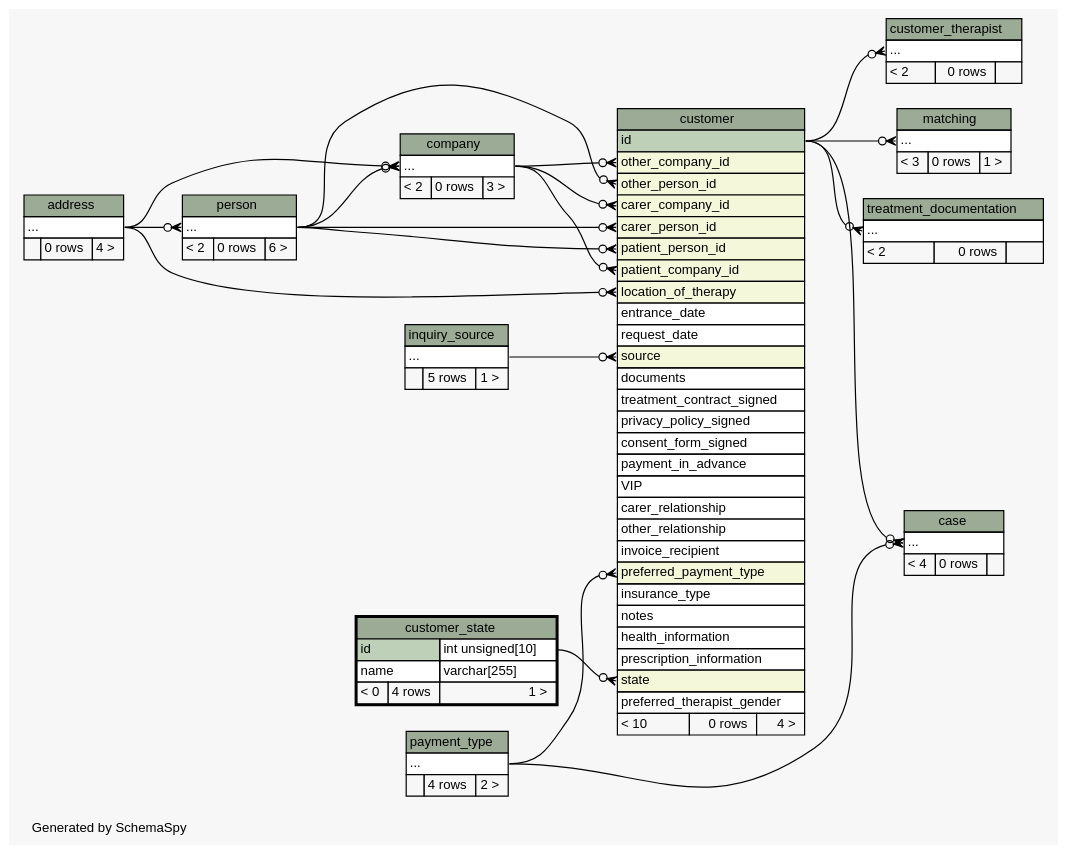
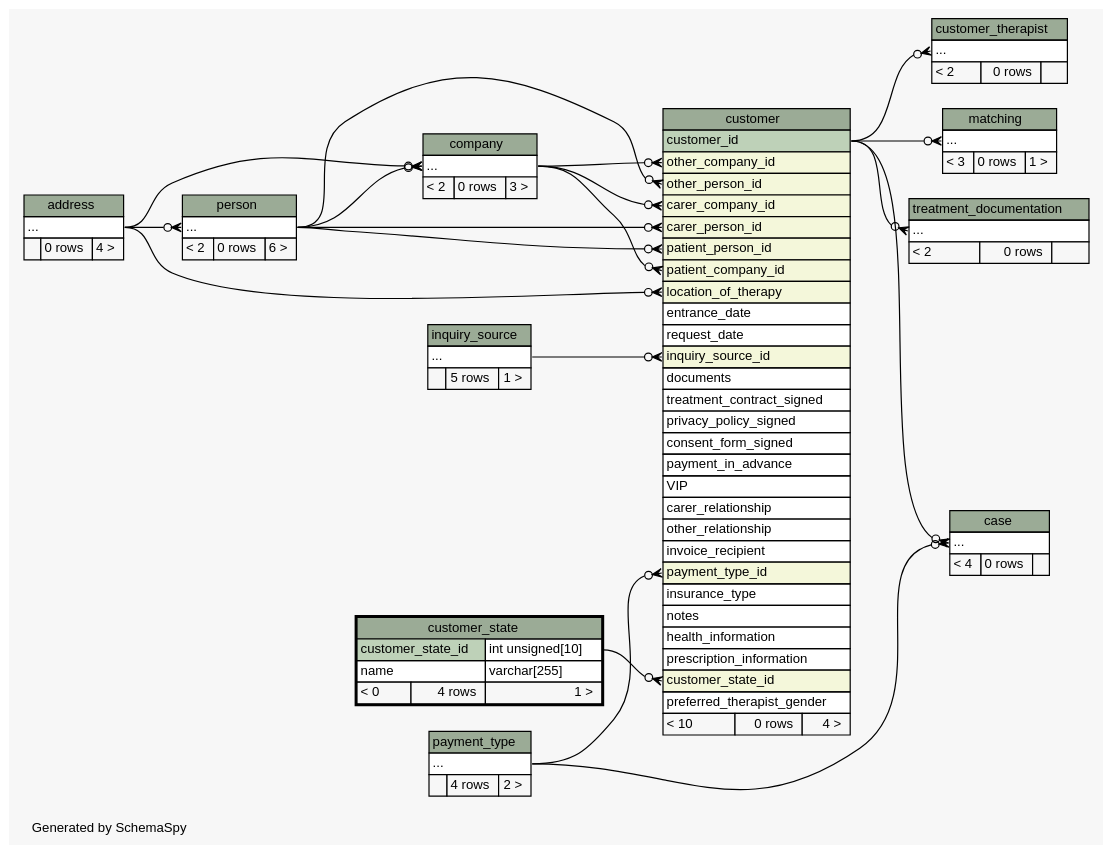
Before and after one commit to KaiBMP/KaiBMP.github.io: the diagram in diagrams/customer_state.2degrees.dot, drawn with Graphviz. The commit also changed 170 other files, not shown here.

Commit message:
schemaspy update

```diff
--- a/diagrams/customer_state.2degrees.dot
+++ b/diagrams/customer_state.2degrees.dot
@@ -1,177 +1,177 @@
 // dot 2.40.1 on Linux 5.3.0-28-generic
 // SchemaSpy rev 590
 digraph "twoDegreesRelationshipsDiagram" {
   graph [
     rankdir="RL"
     bgcolor="#f7f7f7"
     label="\nGenerated by SchemaSpy"
     labeljust="l"
     nodesep="0.18"
     ranksep="0.46"
     fontname="Helvetica"
     fontsize="11"
   ];
   node [
     fontname="Helvetica"
     fontsize="11"
     shape="plaintext"
   ];
   edge [
     arrowsize="0.8"
   ];
-  "case":"elipses":w -> "customer":"id":e [arrowhead=none dir=back arrowtail=crowodot];
+  "case":"elipses":w -> "customer":"customer_id":e [arrowhead=none dir=back arrowtail=crowodot];
   "case":"elipses":w -> "payment_type":"elipses":e [arrowhead=none dir=back arrowtail=crowodot];
   "company":"elipses":w -> "address":"elipses":e [arrowhead=none dir=back arrowtail=crowodot];
   "company":"elipses":w -> "person":"elipses":e [arrowhead=none dir=back arrowtail=crowodot];
   "customer":"carer_company_id":w -> "company":"elipses":e [arrowhead=none dir=back arrowtail=crowodot];
   "customer":"carer_person_id":w -> "person":"elipses":e [arrowhead=none dir=back arrowtail=crowodot];
+  "customer":"customer_state_id":w -> "customer_state":"customer_state_id.type":e [arrowhead=none dir=back arrowtail=crowodot];
+  "customer":"inquiry_source_id":w -> "inquiry_source":"elipses":e [arrowhead=none dir=back arrowtail=crowodot];
   "customer":"location_of_therapy":w -> "address":"elipses":e [arrowhead=none dir=back arrowtail=crowodot];
   "customer":"other_company_id":w -> "company":"elipses":e [arrowhead=none dir=back arrowtail=crowodot];
   "customer":"other_person_id":w -> "person":"elipses":e [arrowhead=none dir=back arrowtail=crowodot];
   "customer":"patient_company_id":w -> "company":"elipses":e [arrowhead=none dir=back arrowtail=crowodot];
   "customer":"patient_person_id":w -> "person":"elipses":e [arrowhead=none dir=back arrowtail=crowodot];
-  "customer":"preferred_payment_type":w -> "payment_type":"elipses":e [arrowhead=none dir=back arrowtail=crowodot];
-  "customer":"source":w -> "inquiry_source":"elipses":e [arrowhead=none dir=back arrowtail=crowodot];
-  "customer":"state":w -> "customer_state":"id.type":e [arrowhead=none dir=back arrowtail=crowodot];
-  "customer_therapist":"elipses":w -> "customer":"id":e [arrowhead=none dir=back arrowtail=crowodot];
-  "matching":"elipses":w -> "customer":"id":e [arrowhead=none dir=back arrowtail=crowodot];
+  "customer":"payment_type_id":w -> "payment_type":"elipses":e [arrowhead=none dir=back arrowtail=crowodot];
+  "customer_therapist":"elipses":w -> "customer":"customer_id":e [arrowhead=none dir=back arrowtail=crowodot];
+  "matching":"elipses":w -> "customer":"customer_id":e [arrowhead=none dir=back arrowtail=crowodot];
   "person":"elipses":w -> "address":"elipses":e [arrowhead=none dir=back arrowtail=crowodot];
-  "treatment_documentation":"elipses":w -> "customer":"id":e [arrowhead=none dir=back arrowtail=crowodot];
+  "treatment_documentation":"elipses":w -> "customer":"customer_id":e [arrowhead=none dir=back arrowtail=crowodot];
   "address" [
     label=<
     <TABLE BORDER="0" CELLBORDER="1" CELLSPACING="0" BGCOLOR="#ffffff">
       <TR><TD COLSPAN="3" BGCOLOR="#9bab96" ALIGN="CENTER">address</TD></TR>
       <TR><TD PORT="elipses" COLSPAN="3" ALIGN="LEFT">...</TD></TR>
       <TR><TD ALIGN="LEFT" BGCOLOR="#f7f7f7">  </TD><TD ALIGN="RIGHT" BGCOLOR="#f7f7f7">0 rows</TD><TD ALIGN="RIGHT" BGCOLOR="#f7f7f7">4 &gt;</TD></TR>
     </TABLE>>
     URL="address.html"
     tooltip="address"
   ];
   "case" [
     label=<
     <TABLE BORDER="0" CELLBORDER="1" CELLSPACING="0" BGCOLOR="#ffffff">
       <TR><TD COLSPAN="3" BGCOLOR="#9bab96" ALIGN="CENTER">case</TD></TR>
       <TR><TD PORT="elipses" COLSPAN="3" ALIGN="LEFT">...</TD></TR>
       <TR><TD ALIGN="LEFT" BGCOLOR="#f7f7f7">&lt; 4</TD><TD ALIGN="RIGHT" BGCOLOR="#f7f7f7">0 rows</TD><TD ALIGN="RIGHT" BGCOLOR="#f7f7f7">  </TD></TR>
     </TABLE>>
     URL="case.html"
     tooltip="case"
   ];
   "company" [
     label=<
     <TABLE BORDER="0" CELLBORDER="1" CELLSPACING="0" BGCOLOR="#ffffff">
       <TR><TD COLSPAN="3" BGCOLOR="#9bab96" ALIGN="CENTER">company</TD></TR>
       <TR><TD PORT="elipses" COLSPAN="3" ALIGN="LEFT">...</TD></TR>
       <TR><TD ALIGN="LEFT" BGCOLOR="#f7f7f7">&lt; 2</TD><TD ALIGN="RIGHT" BGCOLOR="#f7f7f7">0 rows</TD><TD ALIGN="RIGHT" BGCOLOR="#f7f7f7">3 &gt;</TD></TR>
     </TABLE>>
     URL="company.html"
     tooltip="company"
   ];
   "customer" [
     label=<
     <TABLE BORDER="0" CELLBORDER="1" CELLSPACING="0" BGCOLOR="#ffffff">
       <TR><TD COLSPAN="3" BGCOLOR="#9bab96" ALIGN="CENTER">customer</TD></TR>
-      <TR><TD PORT="id" COLSPAN="3" BGCOLOR="#bed1b8" ALIGN="LEFT">id</TD></TR>
+      <TR><TD PORT="customer_id" COLSPAN="3" BGCOLOR="#bed1b8" ALIGN="LEFT">customer_id</TD></TR>
       <TR><TD PORT="other_company_id" COLSPAN="3" BGCOLOR="#f4f7da" ALIGN="LEFT">other_company_id</TD></TR>
       <TR><TD PORT="other_person_id" COLSPAN="3" BGCOLOR="#f4f7da" ALIGN="LEFT">other_person_id</TD></TR>
       <TR><TD PORT="carer_company_id" COLSPAN="3" BGCOLOR="#f4f7da" ALIGN="LEFT">carer_company_id</TD></TR>
       <TR><TD PORT="carer_person_id" COLSPAN="3" BGCOLOR="#f4f7da" ALIGN="LEFT">carer_person_id</TD></TR>
       <TR><TD PORT="patient_person_id" COLSPAN="3" BGCOLOR="#f4f7da" ALIGN="LEFT">patient_person_id</TD></TR>
       <TR><TD PORT="patient_company_id" COLSPAN="3" BGCOLOR="#f4f7da" ALIGN="LEFT">patient_company_id</TD></TR>
       <TR><TD PORT="location_of_therapy" COLSPAN="3" BGCOLOR="#f4f7da" ALIGN="LEFT">location_of_therapy</TD></TR>
       <TR><TD PORT="entrance_date" COLSPAN="3" ALIGN="LEFT">entrance_date</TD></TR>
       <TR><TD PORT="request_date" COLSPAN="3" ALIGN="LEFT">request_date</TD></TR>
-      <TR><TD PORT="source" COLSPAN="3" BGCOLOR="#f4f7da" ALIGN="LEFT">source</TD></TR>
+      <TR><TD PORT="inquiry_source_id" COLSPAN="3" BGCOLOR="#f4f7da" ALIGN="LEFT">inquiry_source_id</TD></TR>
       <TR><TD PORT="documents" COLSPAN="3" ALIGN="LEFT">documents</TD></TR>
       <TR><TD PORT="treatment_contract_signed" COLSPAN="3" ALIGN="LEFT">treatment_contract_signed</TD></TR>
       <TR><TD PORT="privacy_policy_signed" COLSPAN="3" ALIGN="LEFT">privacy_policy_signed</TD></TR>
       <TR><TD PORT="consent_form_signed" COLSPAN="3" ALIGN="LEFT">consent_form_signed</TD></TR>
       <TR><TD PORT="payment_in_advance" COLSPAN="3" ALIGN="LEFT">payment_in_advance</TD></TR>
       <TR><TD PORT="VIP" COLSPAN="3" ALIGN="LEFT">VIP</TD></TR>
       <TR><TD PORT="carer_relationship" COLSPAN="3" ALIGN="LEFT">carer_relationship</TD></TR>
       <TR><TD PORT="other_relationship" COLSPAN="3" ALIGN="LEFT">other_relationship</TD></TR>
       <TR><TD PORT="invoice_recipient" COLSPAN="3" ALIGN="LEFT">invoice_recipient</TD></TR>
-      <TR><TD PORT="preferred_payment_type" COLSPAN="3" BGCOLOR="#f4f7da" ALIGN="LEFT">preferred_payment_type</TD></TR>
+      <TR><TD PORT="payment_type_id" COLSPAN="3" BGCOLOR="#f4f7da" ALIGN="LEFT">payment_type_id</TD></TR>
       <TR><TD PORT="insurance_type" COLSPAN="3" ALIGN="LEFT">insurance_type</TD></TR>
       <TR><TD PORT="notes" COLSPAN="3" ALIGN="LEFT">notes</TD></TR>
       <TR><TD PORT="health_information" COLSPAN="3" ALIGN="LEFT">health_information</TD></TR>
       <TR><TD PORT="prescription_information" COLSPAN="3" ALIGN="LEFT">prescription_information</TD></TR>
-      <TR><TD PORT="state" COLSPAN="3" BGCOLOR="#f4f7da" ALIGN="LEFT">state</TD></TR>
+      <TR><TD PORT="customer_state_id" COLSPAN="3" BGCOLOR="#f4f7da" ALIGN="LEFT">customer_state_id</TD></TR>
       <TR><TD PORT="preferred_therapist_gender" COLSPAN="3" ALIGN="LEFT">preferred_therapist_gender</TD></TR>
       <TR><TD ALIGN="LEFT" BGCOLOR="#f7f7f7">&lt; 10</TD><TD ALIGN="RIGHT" BGCOLOR="#f7f7f7">0 rows</TD><TD ALIGN="RIGHT" BGCOLOR="#f7f7f7">4 &gt;</TD></TR>
     </TABLE>>
     URL="customer.html"
     tooltip="customer"
   ];
   "customer_state" [
     label=<
     <TABLE BORDER="2" CELLBORDER="1" CELLSPACING="0" BGCOLOR="#ffffff">
       <TR><TD COLSPAN="3" BGCOLOR="#9bab96" ALIGN="CENTER">customer_state</TD></TR>
-      <TR><TD PORT="id" COLSPAN="2" BGCOLOR="#bed1b8" ALIGN="LEFT">id</TD><TD PORT="id.type" ALIGN="LEFT">int unsigned[10]</TD></TR>
+      <TR><TD PORT="customer_state_id" COLSPAN="2" BGCOLOR="#bed1b8" ALIGN="LEFT">customer_state_id</TD><TD PORT="customer_state_id.type" ALIGN="LEFT">int unsigned[10]</TD></TR>
       <TR><TD PORT="name" COLSPAN="2" ALIGN="LEFT">name</TD><TD PORT="name.type" ALIGN="LEFT">varchar[255]</TD></TR>
       <TR><TD ALIGN="LEFT" BGCOLOR="#f7f7f7">&lt; 0</TD><TD ALIGN="RIGHT" BGCOLOR="#f7f7f7">4 rows</TD><TD ALIGN="RIGHT" BGCOLOR="#f7f7f7">1 &gt;</TD></TR>
     </TABLE>>
     URL="customer_state.html"
     tooltip="customer_state"
   ];
   "customer_therapist" [
     label=<
     <TABLE BORDER="0" CELLBORDER="1" CELLSPACING="0" BGCOLOR="#ffffff">
       <TR><TD COLSPAN="3" BGCOLOR="#9bab96" ALIGN="CENTER">customer_therapist</TD></TR>
       <TR><TD PORT="elipses" COLSPAN="3" ALIGN="LEFT">...</TD></TR>
       <TR><TD ALIGN="LEFT" BGCOLOR="#f7f7f7">&lt; 2</TD><TD ALIGN="RIGHT" BGCOLOR="#f7f7f7">0 rows</TD><TD ALIGN="RIGHT" BGCOLOR="#f7f7f7">  </TD></TR>
     </TABLE>>
     URL="customer_therapist.html"
     tooltip="customer_therapist"
   ];
   "inquiry_source" [
     label=<
     <TABLE BORDER="0" CELLBORDER="1" CELLSPACING="0" BGCOLOR="#ffffff">
       <TR><TD COLSPAN="3" BGCOLOR="#9bab96" ALIGN="CENTER">inquiry_source</TD></TR>
       <TR><TD PORT="elipses" COLSPAN="3" ALIGN="LEFT">...</TD></TR>
       <TR><TD ALIGN="LEFT" BGCOLOR="#f7f7f7">  </TD><TD ALIGN="RIGHT" BGCOLOR="#f7f7f7">5 rows</TD><TD ALIGN="RIGHT" BGCOLOR="#f7f7f7">1 &gt;</TD></TR>
     </TABLE>>
     URL="inquiry_source.html"
     tooltip="inquiry_source"
   ];
   "matching" [
     label=<
     <TABLE BORDER="0" CELLBORDER="1" CELLSPACING="0" BGCOLOR="#ffffff">
       <TR><TD COLSPAN="3" BGCOLOR="#9bab96" ALIGN="CENTER">matching</TD></TR>
       <TR><TD PORT="elipses" COLSPAN="3" ALIGN="LEFT">...</TD></TR>
       <TR><TD ALIGN="LEFT" BGCOLOR="#f7f7f7">&lt; 3</TD><TD ALIGN="RIGHT" BGCOLOR="#f7f7f7">0 rows</TD><TD ALIGN="RIGHT" BGCOLOR="#f7f7f7">1 &gt;</TD></TR>
     </TABLE>>
     URL="matching.html"
     tooltip="matching"
   ];
   "payment_type" [
     label=<
     <TABLE BORDER="0" CELLBORDER="1" CELLSPACING="0" BGCOLOR="#ffffff">
       <TR><TD COLSPAN="3" BGCOLOR="#9bab96" ALIGN="CENTER">payment_type</TD></TR>
       <TR><TD PORT="elipses" COLSPAN="3" ALIGN="LEFT">...</TD></TR>
       <TR><TD ALIGN="LEFT" BGCOLOR="#f7f7f7">  </TD><TD ALIGN="RIGHT" BGCOLOR="#f7f7f7">4 rows</TD><TD ALIGN="RIGHT" BGCOLOR="#f7f7f7">2 &gt;</TD></TR>
     </TABLE>>
     URL="payment_type.html"
     tooltip="payment_type"
   ];
   "person" [
     label=<
     <TABLE BORDER="0" CELLBORDER="1" CELLSPACING="0" BGCOLOR="#ffffff">
       <TR><TD COLSPAN="3" BGCOLOR="#9bab96" ALIGN="CENTER">person</TD></TR>
       <TR><TD PORT="elipses" COLSPAN="3" ALIGN="LEFT">...</TD></TR>
       <TR><TD ALIGN="LEFT" BGCOLOR="#f7f7f7">&lt; 2</TD><TD ALIGN="RIGHT" BGCOLOR="#f7f7f7">0 rows</TD><TD ALIGN="RIGHT" BGCOLOR="#f7f7f7">6 &gt;</TD></TR>
     </TABLE>>
     URL="person.html"
     tooltip="person"
   ];
   "treatment_documentation" [
     label=<
     <TABLE BORDER="0" CELLBORDER="1" CELLSPACING="0" BGCOLOR="#ffffff">
       <TR><TD COLSPAN="3" BGCOLOR="#9bab96" ALIGN="CENTER">treatment_documentation</TD></TR>
       <TR><TD PORT="elipses" COLSPAN="3" ALIGN="LEFT">...</TD></TR>
       <TR><TD ALIGN="LEFT" BGCOLOR="#f7f7f7">&lt; 2</TD><TD ALIGN="RIGHT" BGCOLOR="#f7f7f7">0 rows</TD><TD ALIGN="RIGHT" BGCOLOR="#f7f7f7">  </TD></TR>
     </TABLE>>
     URL="treatment_documentation.html"
     tooltip="treatment_documentation"
   ];
 }
```
